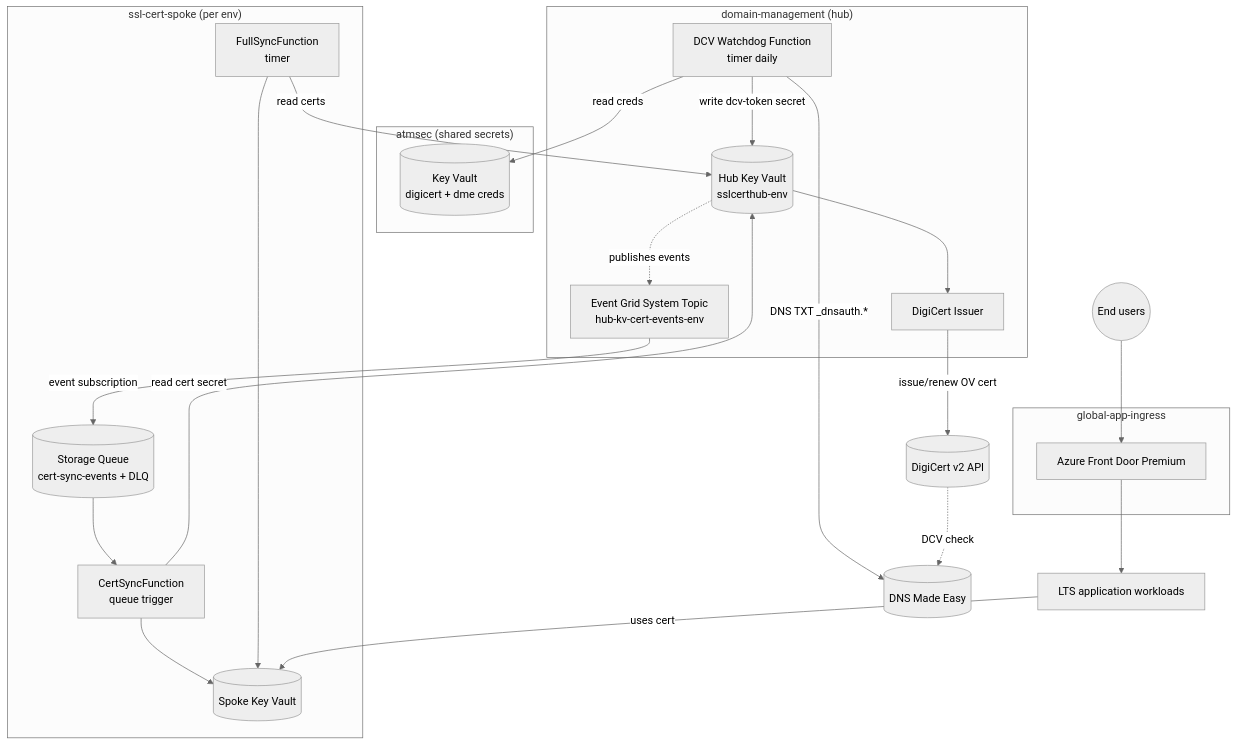
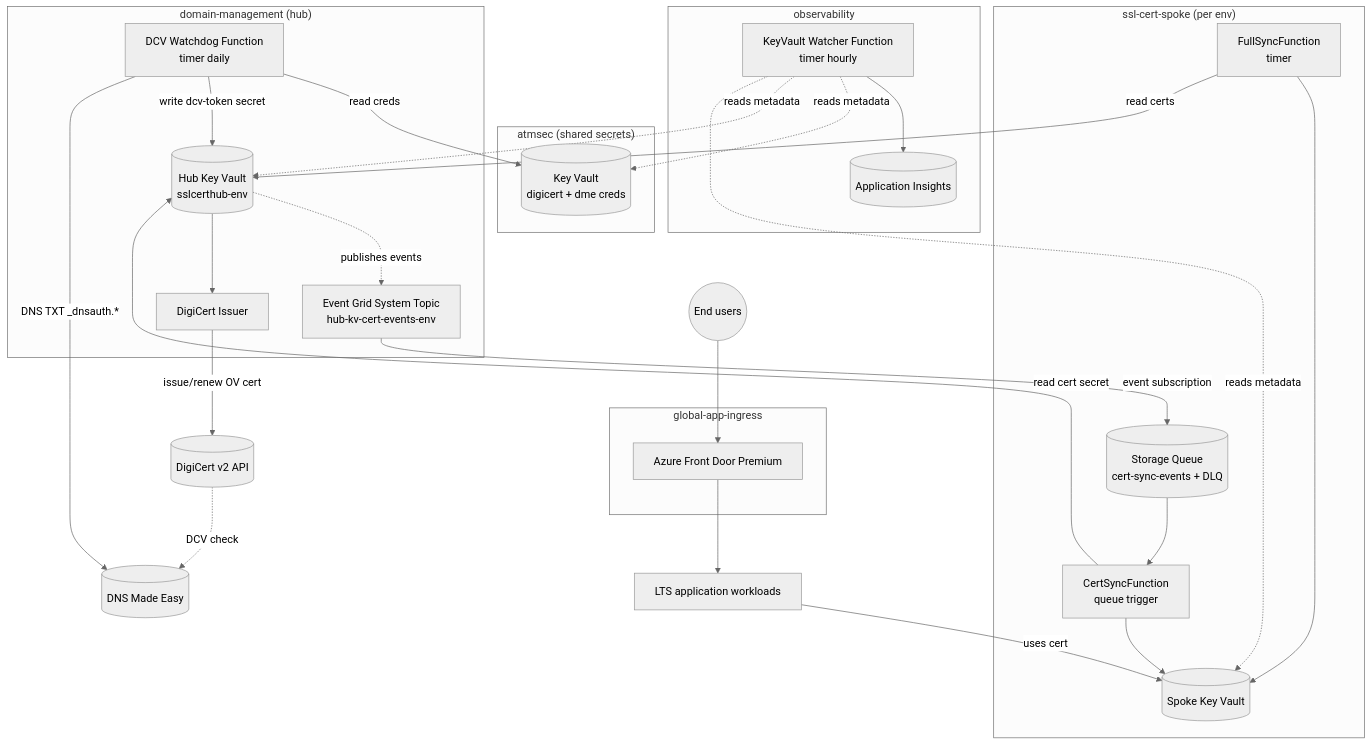
One commit to will-milliman/software-kms changed the diagram in kms/app.foundations.trafficmanagement/architecture.md. Above: the diagram before and after it, drawn with Mermaid (neutral theme). The commit also changed other lines of this file and 21 other files, not shown here.

````diff
--- a/kms/app.foundations.trafficmanagement/architecture.md
+++ b/kms/app.foundations.trafficmanagement/architecture.md
@@ -16,42 +17,51 @@
 ```mermaid
 flowchart TB
   subgraph atmsec["atmsec (shared secrets)"]
     ATMKV[(Key Vault<br/>digicert + dme creds)]
   end
 
   subgraph hub["domain-management (hub)"]
     HUBKV[(Hub Key Vault<br/>sslcerthub-env)]
     DCVWATCH[DCV Watchdog Function<br/>timer daily]
     DIGICERTISS[DigiCert Issuer]
     EGT[Event Grid System Topic<br/>hub-kv-cert-events-env]
     HUBKV -. publishes events .-> EGT
     DCVWATCH -->|read creds| ATMKV
     DCVWATCH -->|write dcv-token secret| HUBKV
     HUBKV --> DIGICERTISS
   end
 
   DCVWATCH -->|DNS TXT _dnsauth.*| DME[(DNS Made Easy)]
   DIGICERTISS -->|issue/renew OV cert| DIGICERT[(DigiCert v2 API)]
   DIGICERT -. DCV check .-> DME
 
   subgraph spoke["ssl-cert-spoke (per env)"]
     SPKV[(Spoke Key Vault)]
     QUEUE[(Storage Queue<br/>cert-sync-events + DLQ)]
     CERTSYNC[CertSyncFunction<br/>queue trigger]
     FULLSYNC[FullSyncFunction<br/>timer]
     QUEUE --> CERTSYNC
     CERTSYNC --> SPKV
     FULLSYNC --> SPKV
   end
 
   EGT -->|event subscription| QUEUE
   CERTSYNC -->|read cert secret| HUBKV
   FULLSYNC -->|read certs| HUBKV
 
   subgraph gai["global-app-ingress"]
     AFD[Azure Front Door Premium]
   end
 
+  subgraph obs["observability"]
+    KVWATCH[KeyVault Watcher Function<br/>timer hourly]
+    APPINS[(Application Insights)]
+    KVWATCH --> APPINS
+  end
+
   APP[LTS application workloads] -->|uses cert| SPKV
   USERS((End users)) --> AFD --> APP
+  KVWATCH -. reads metadata .-> ATMKV
+  KVWATCH -. reads metadata .-> HUBKV
+  KVWATCH -. reads metadata .-> SPKV
 ```
````
